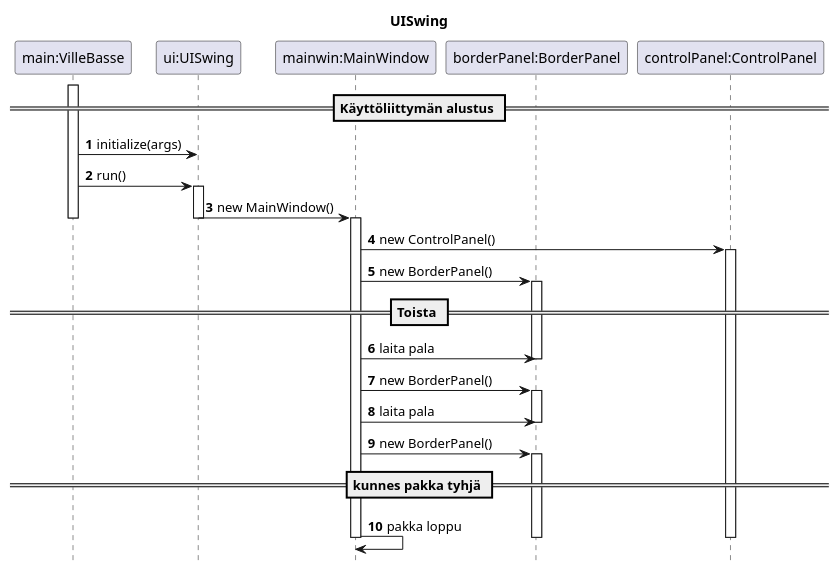
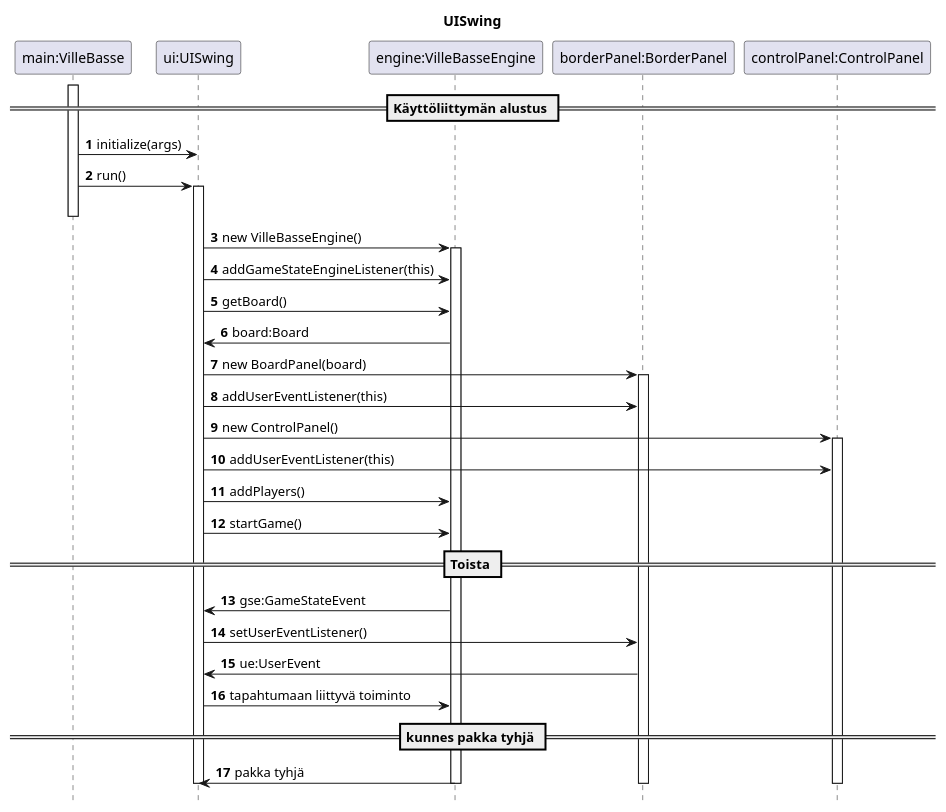
Before and after one commit to noggimcey/villebasse: the diagram in doc/sekvenssi2.plantuml, drawn with PlantUML. The commit also changed 1 other file, not shown here.

```diff
--- a/doc/sekvenssi2.plantuml
+++ b/doc/sekvenssi2.plantuml
@@ -3,44 +3,49 @@
 @startuml sekvenssi2.png
 
 title UISwing
 autonumber
 hide footbox
 
 participant "main:VilleBasse" as main
 participant "ui:UISwing" as ui
-participant "mainwin:MainWindow" as mainwin
+participant "engine:VilleBasseEngine" as vbe
 participant "borderPanel:BorderPanel" as bp
 participant "controlPanel:ControlPanel" as cp
 
 == Käyttöliittymän alustus ==
 activate main
 main -> ui: initialize(args)
 main -> ui: run()
 activate ui
+deactivate main
 
-ui -> mainwin: new MainWindow()
-deactivate ui
-deactivate main
-activate mainwin
-mainwin -> cp: new ControlPanel()
+ui -> vbe: new VilleBasseEngine()
+activate vbe
+ui -> vbe: addGameStateEngineListener(this)
+ui -> vbe: getBoard()
+ui <- vbe: board:Board
+
+ui -> bp: new BoardPanel(board)
+activate bp
+ui -> bp: addUserEventListener(this)
+ui -> cp: new ControlPanel()
 activate cp
-mainwin -> bp: new BorderPanel()
-activate bp
+ui -> cp: addUserEventListener(this)
+
+ui -> vbe: addPlayers()
+ui -> vbe: startGame()
 
 == Toista ==
-mainwin -> bp: laita pala
-deactivate bp
-mainwin -> bp: new BorderPanel()
-activate bp
-mainwin -> bp: laita pala
-deactivate bp
-mainwin -> bp: new BorderPanel()
-activate bp
+ui <- vbe: gse:GameStateEvent
+ui -> bp: setUserEventListener()
+ui <- bp: ue:UserEvent
+ui -> vbe: tapahtumaan liittyvä toiminto
 
 == kunnes pakka tyhjä ==
-mainwin -> mainwin: pakka loppu
+ui <- vbe: pakka tyhjä
+deactivate vbe
 deactivate bp
 deactivate cp
-deactivate mainwin
+deactivate ui
 
 @enduml
```
